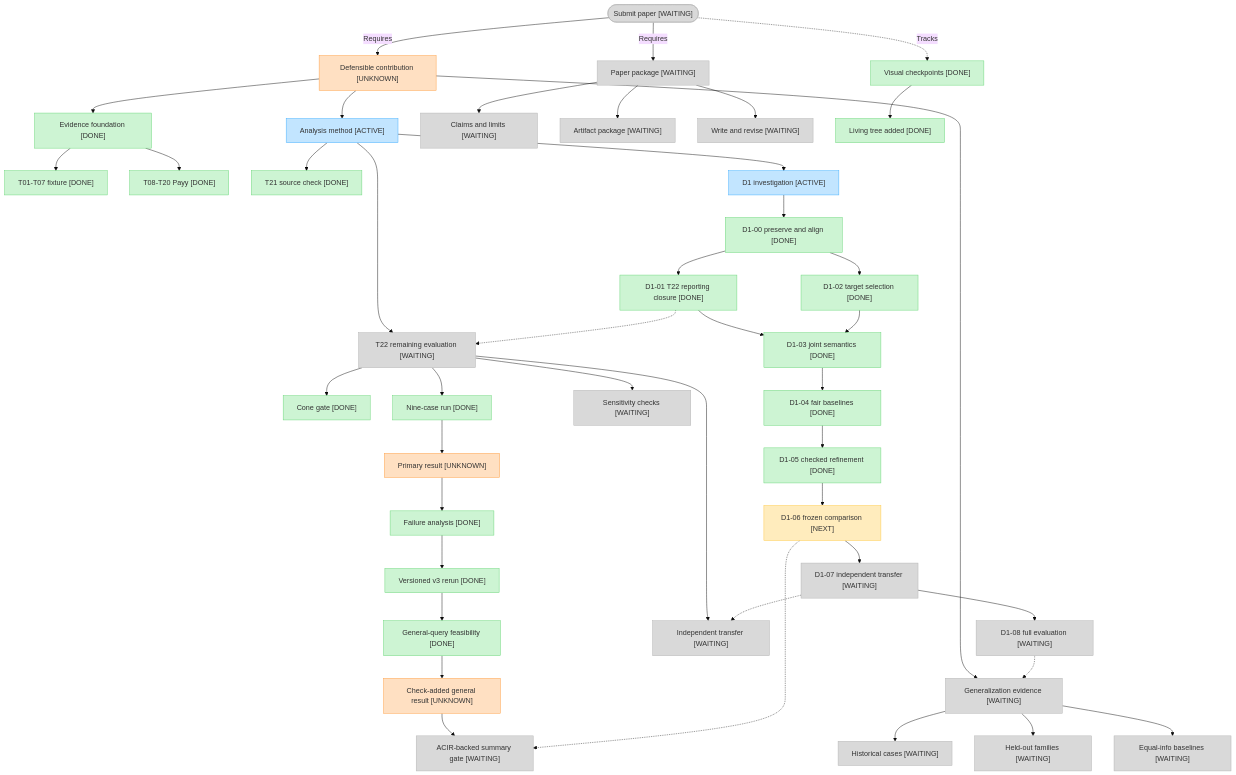
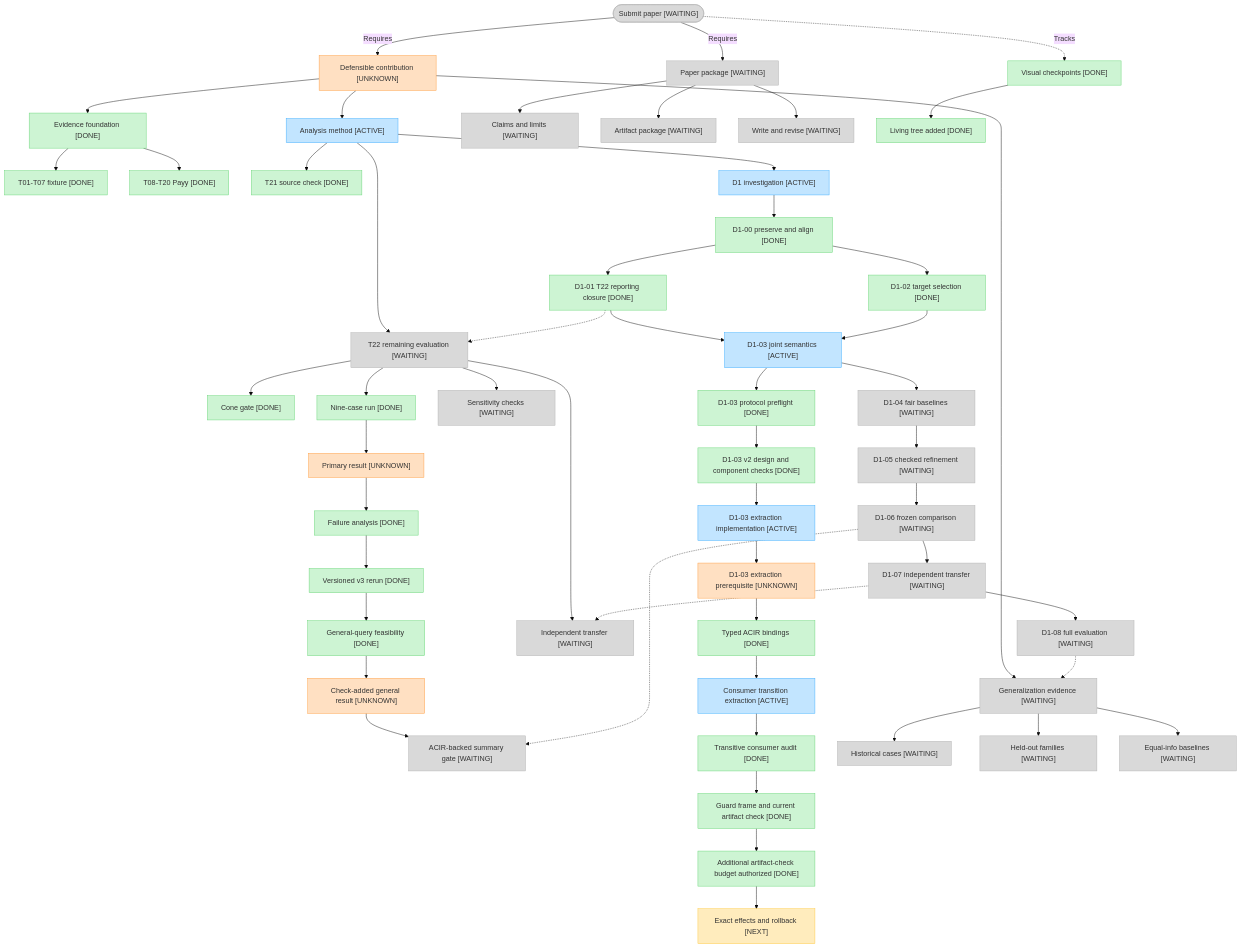
The diagram in docs/project-status.md (imranpollob/BindCheck), drawn with Mermaid (base theme) before and after one commit. The commit also changed other lines of this file and 135 other files, not shown here.

Commit message:
Preserve D1 evidence and validate current guard frame

````diff
--- a/docs/project-status.md
+++ b/docs/project-status.md
@@ -16,66 +16,76 @@
 ```mermaid
 flowchart TD
     submit(["Submit paper [WAITING]"])
     contribution["Defensible contribution [UNKNOWN]"]
     submit -->|"Requires"| contribution
     submit -->|"Requires"| manuscript["Paper package [WAITING]"]
     submit -.->|"Tracks"| tracking["Visual checkpoints [DONE]"]
 
     contribution --> foundation["Evidence foundation [DONE]"]
     contribution --> analysis["Analysis method [ACTIVE]"]
     contribution --> evaluation["Generalization evidence [WAITING]"]
 
     foundation --> fixture["T01-T07 fixture [DONE]"]
     foundation --> payy["T08-T20 Payy [DONE]"]
 
     analysis --> sourceCheck["T21 source check [DONE]"]
     analysis --> t22["T22 remaining evaluation [WAITING]"]
     t22 --> coneGate["Cone gate [DONE]"]
     t22 --> nineCases["Nine-case run [DONE]"]
     nineCases --> primaryResult["Primary result [UNKNOWN]"]
     primaryResult --> failureAnalysis["Failure analysis [DONE]"]
     failureAnalysis --> v3Rerun["Versioned v3 rerun [DONE]"]
     v3Rerun --> generalGate["General-query feasibility [DONE]"]
     generalGate --> generalResult["Check-added general result [UNKNOWN]"]
     generalResult --> acirSummary["ACIR-backed summary gate [WAITING]"]
     t22 --> transferCase["Independent transfer [WAITING]"]
     t22 --> sensitivity["Sensitivity checks [WAITING]"]
 
     analysis --> d1["D1 investigation [ACTIVE]"]
     d1 --> d100["D1-00 preserve and align [DONE]"]
     d100 --> d101["D1-01 T22 reporting closure [DONE]"]
     d100 --> d102["D1-02 target selection [DONE]"]
-    d101 --> d103["D1-03 joint semantics [DONE]"]
+    d101 --> d103["D1-03 joint semantics [ACTIVE]"]
     d102 --> d103
-    d103 --> d104["D1-04 fair baselines [DONE]"]
-    d104 --> d105["D1-05 checked refinement [DONE]"]
-    d105 --> d106["D1-06 frozen comparison [NEXT]"]
+    d103 --> d103preflight["D1-03 protocol preflight [DONE]"]
+    d103preflight --> d103review["D1-03 v2 design and component checks [DONE]"]
+    d103review --> d103impl["D1-03 extraction implementation [ACTIVE]"]
+    d103impl --> d103gate["D1-03 extraction prerequisite [UNKNOWN]"]
+    d103gate --> d103typed["Typed ACIR bindings [DONE]"]
+    d103typed --> d103consumer["Consumer transition extraction [ACTIVE]"]
+    d103consumer --> d103boundary["Transitive consumer audit [DONE]"]
+    d103boundary --> d103guardreview["Guard frame and current artifact check [DONE]"]
+    d103guardreview --> d103guards["Additional artifact-check budget authorized [DONE]"]
+    d103guards --> d103effects["Exact effects and rollback [NEXT]"]
+    d103 --> d104["D1-04 fair baselines [WAITING]"]
+    d104 --> d105["D1-05 checked refinement [WAITING]"]
+    d105 --> d106["D1-06 frozen comparison [WAITING]"]
     d106 --> d107["D1-07 independent transfer [WAITING]"]
     d107 --> d108["D1-08 full evaluation [WAITING]"]
     d101 -.-> t22
     d106 -.-> acirSummary
     d107 -.-> transferCase
     d108 -.-> evaluation
 
     evaluation --> history["Historical cases [WAITING]"]
     evaluation --> heldOut["Held-out families [WAITING]"]
     evaluation --> baselines["Equal-info baselines [WAITING]"]
 
     manuscript --> claims["Claims and limits [WAITING]"]
     manuscript --> artifacts["Artifact package [WAITING]"]
     manuscript --> draft["Write and revise [WAITING]"]
 
     tracking --> livingTree["Living tree added [DONE]"]
 
     classDef done fill:#CDF4D3,stroke:#66D575
     classDef active fill:#C2E5FF,stroke:#3DADFF
     classDef next fill:#FFECBD,stroke:#FFC943
     classDef waiting fill:#D9D9D9,stroke:#B3B3B3
     classDef unknown fill:#FFE0C2,stroke:#FF9E42
 
-    class foundation,fixture,payy,sourceCheck,coneGate,nineCases,failureAnalysis,v3Rerun,generalGate,tracking,livingTree,d100,d101,d102,d103,d104,d105 done
-    class analysis,d1 active
-    class evaluation,history,heldOut,baselines,manuscript,claims,artifacts,draft,transferCase,sensitivity,submit,t22,acirSummary,d107,d108 waiting
-    class d106 next
-    class contribution,primaryResult,generalResult unknown
+    class foundation,fixture,payy,sourceCheck,coneGate,nineCases,failureAnalysis,v3Rerun,generalGate,tracking,livingTree,d100,d101,d102,d103preflight,d103review,d103typed,d103boundary,d103guards,d103guardreview done
+    class analysis,d1,d103,d103impl,d103consumer active
+    class d103effects next
+    class evaluation,history,heldOut,baselines,manuscript,claims,artifacts,draft,transferCase,sensitivity,submit,t22,acirSummary,d104,d105,d106,d107,d108 waiting
+    class contribution,primaryResult,generalResult,d103gate unknown
 ```
````
